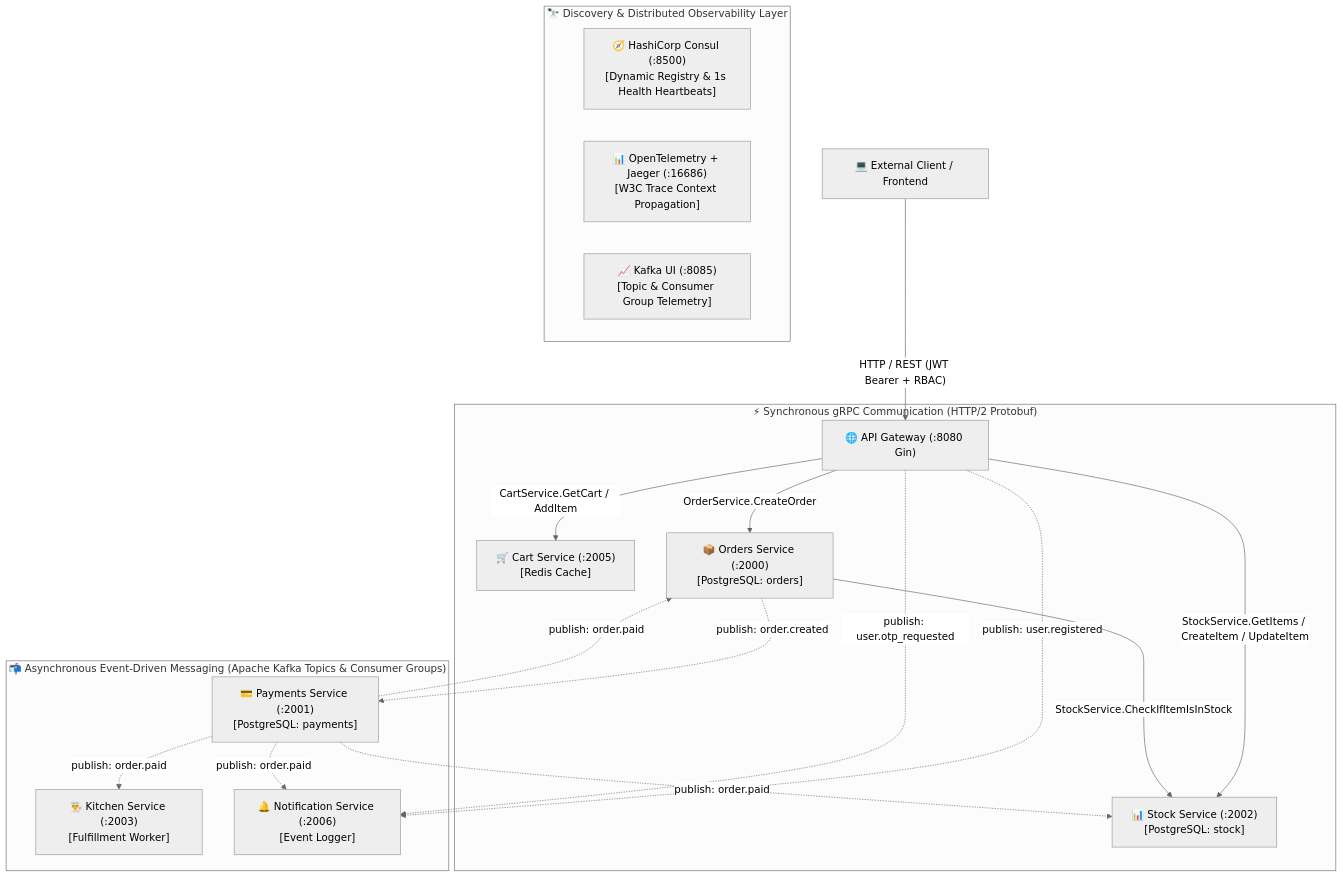
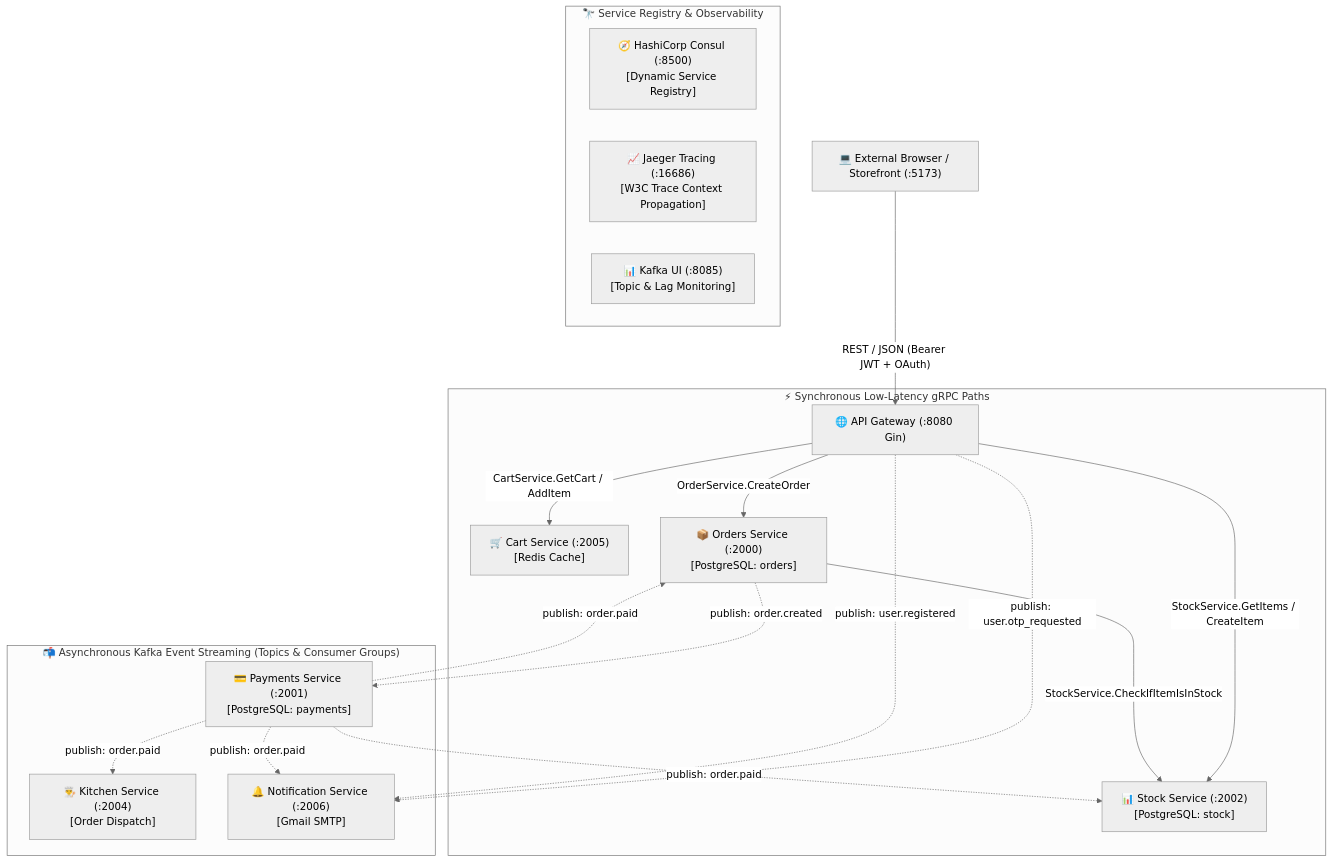
One commit to jaydeepjr28/Order-Management-service---go-Microservices changed the diagram in README.md. Above: the diagram before and after it, drawn with Mermaid (neutral theme). The commit also changed other lines of this file, not shown here.

````diff
--- a/README.md
+++ b/README.md
@@ -51,27 +82,27 @@
 ```mermaid
 flowchart TD
-    Client["💻 External Client / Frontend"] -- "HTTP / REST (JWT Bearer + RBAC)" --> Gateway["🌐 API Gateway (:8080 Gin)"]
+    Client["💻 External Browser / Storefront (:5173)"] -- "REST / JSON (Bearer JWT + OAuth)" --> Gateway["🌐 API Gateway (:8080 Gin)"]
 
-    subgraph SyncGRPC ["⚡ Synchronous gRPC Communication (HTTP/2 Protobuf)"]
+    subgraph SyncPaths ["⚡ Synchronous Low-Latency gRPC Paths"]
         Gateway -->|"CartService.GetCart / AddItem"| Cart["🛒 Cart Service (:2005)\n[Redis Cache]"]
         Gateway -->|"OrderService.CreateOrder"| Orders["📦 Orders Service (:2000)\n[PostgreSQL: orders]"]
-        Gateway -->|"StockService.GetItems / CreateItem / UpdateItem"| Stock["📊 Stock Service (:2002)\n[PostgreSQL: stock]"]
+        Gateway -->|"StockService.GetItems / CreateItem"| Stock["📊 Stock Service (:2002)\n[PostgreSQL: stock]"]
         Orders -->|"StockService.CheckIfItemIsInStock"| Stock
     end
 
-    subgraph AsyncBus ["📬 Asynchronous Event-Driven Messaging (Apache Kafka Topics & Consumer Groups)"]
+    subgraph AsyncEvents ["📬 Asynchronous Kafka Event Streaming (Topics & Consumer Groups)"]
         Orders -.->|"publish: order.created"| Payments["💳 Payments Service (:2001)\n[PostgreSQL: payments]"]
-        Payments -.->|"publish: order.paid"| Kitchen["👨‍🍳 Kitchen Service (:2003)\n[Fulfillment Worker]"]
+        Payments -.->|"publish: order.paid"| Kitchen["👨‍🍳 Kitchen Service (:2004)\n[Order Dispatch]"]
         Payments -.->|"publish: order.paid"| Stock
         Payments -.->|"publish: order.paid"| Orders
-        Payments -.->|"publish: order.paid"| Notification["🔔 Notification Service (:2006)\n[Event Logger]"]
+        Payments -.->|"publish: order.paid"| Notification["🔔 Notification Service (:2006)\n[Gmail SMTP]"]
+        Gateway -.->|"publish: user.otp_requested"| Notification
         Gateway -.->|"publish: user.registered"| Notification
-        Gateway -.->|"publish: user.otp_requested"| Notification
     end
 
-    subgraph Mesh ["🔭 Discovery & Distributed Observability Layer"]
-        Consul["🧭 HashiCorp Consul (:8500)\n[Dynamic Registry & 1s Health Heartbeats]"]
-        Jaeger["📊 OpenTelemetry + Jaeger (:16686)\n[W3C Trace Context Propagation]"]
-        KafkaUI["📈 Kafka UI (:8085)\n[Topic & Consumer Group Telemetry]"]
+    subgraph Mesh ["🔭 Service Registry & Observability"]
+        Consul["🧭 HashiCorp Consul (:8500)\n[Dynamic Service Registry]"]
+        Jaeger["📈 Jaeger Tracing (:16686)\n[W3C Trace Context Propagation]"]
+        KafkaUI["📊 Kafka UI (:8085)\n[Topic & Lag Monitoring]"]
     end
 ```
````
